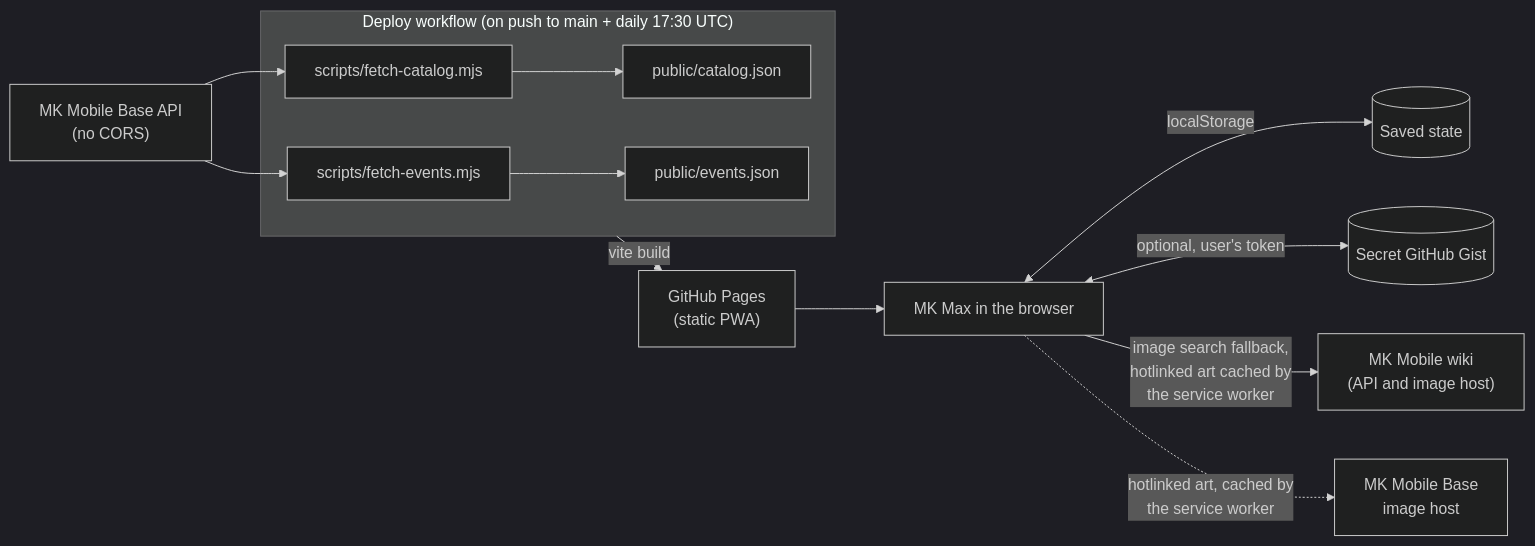
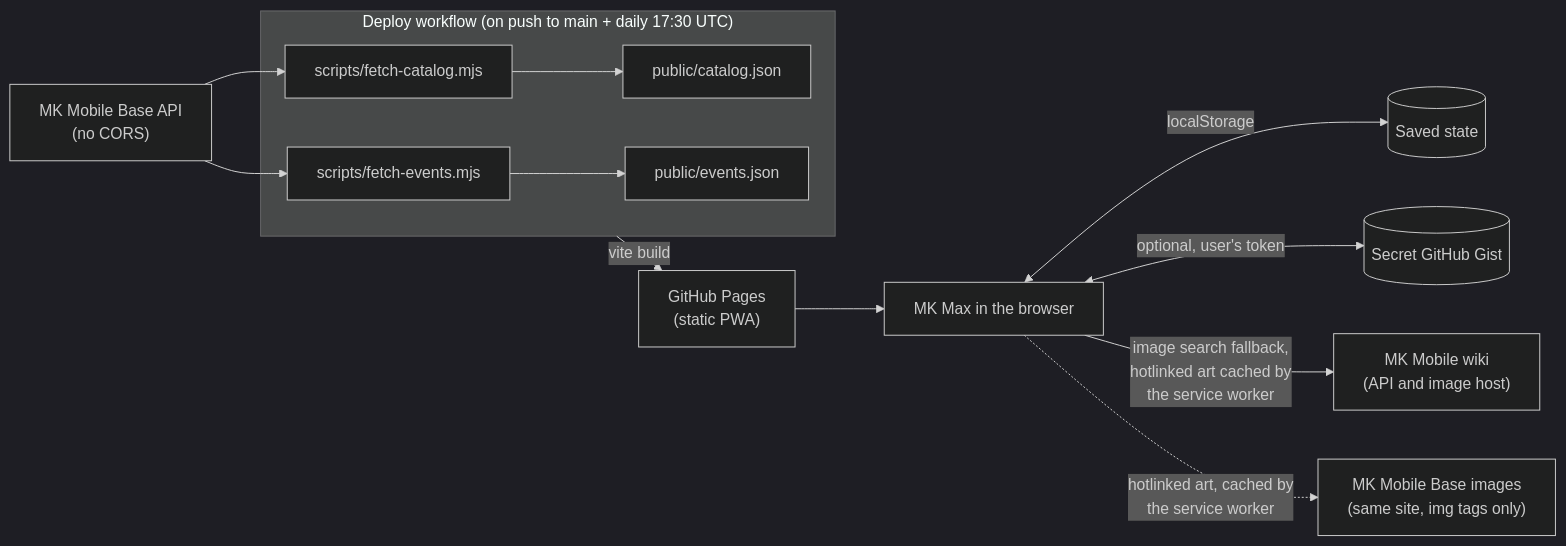
One commit to Simba3696/mkmax changed the first of 3 diagrams in docs/architecture.md. Above: the diagram before and after it, drawn with Mermaid (dark theme). The commit also changed 1 other file, not shown here.

Commit message:
docs: say Realm Klash gear isn't finished with kards, and label Base's images as the same site

````diff
--- a/docs/architecture.md
+++ b/docs/architecture.md
@@ -9,14 +9,14 @@
 ```mermaid
 flowchart LR
   subgraph CI["Deploy workflow (on push to main + daily 17:30 UTC)"]
     F1["scripts/fetch-catalog.mjs"] --> C["public/catalog.json"]
     F2["scripts/fetch-events.mjs"] --> E["public/events.json"]
   end
   MKB["MK Mobile Base API<br/>(no CORS)"] --> F1 & F2
   CI -->|"vite build"| GP["GitHub Pages<br/>(static PWA)"]
   GP --> App["MK Max in the browser"]
   App <-->|"localStorage"| LS[("Saved state")]
   App <-->|"optional, user's token"| Gist[("Secret GitHub Gist")]
   App -->|"image search fallback,<br/>hotlinked art cached by<br/>the service worker"| Wiki["MK Mobile wiki<br/>(API and image host)"]
-  App -.->|"hotlinked art, cached by<br/>the service worker"| MKBImg["MK Mobile Base<br/>image host"]
+  App -.->|"hotlinked art, cached by<br/>the service worker"| MKBImg["MK Mobile Base images<br/>(same site, img tags only)"]
 ```
````
